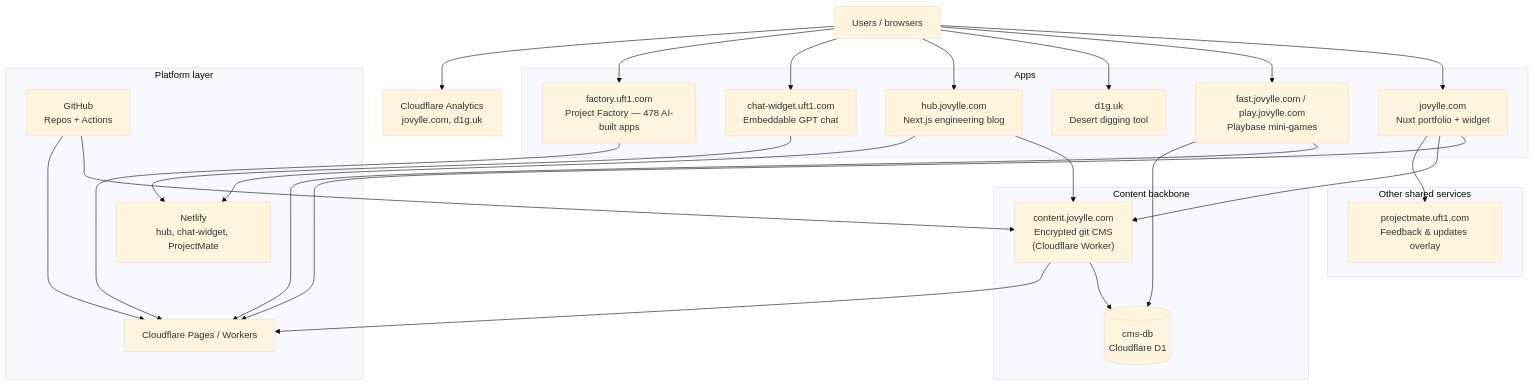
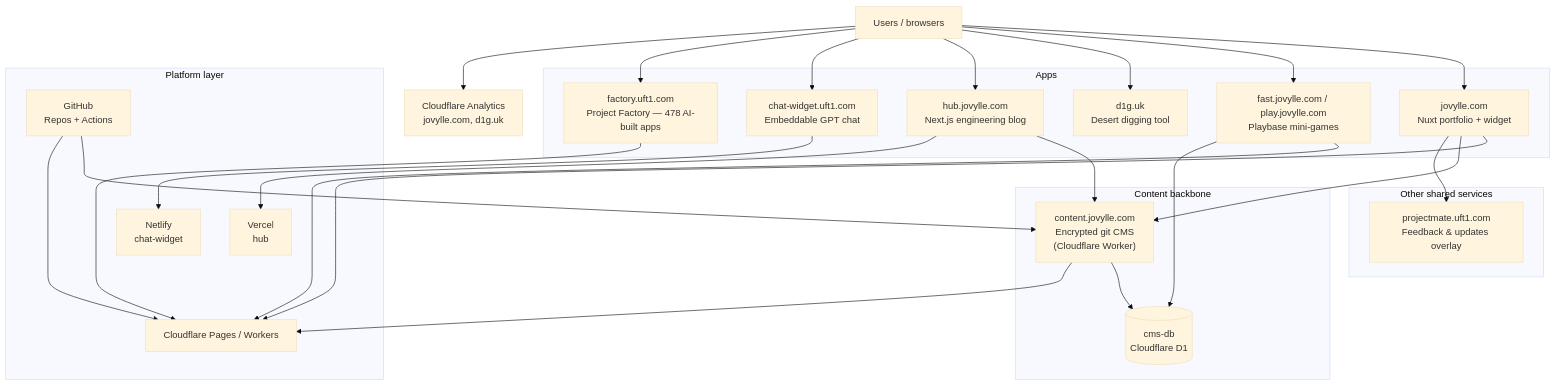
One commit to jovylle/jovylle.com changed the diagram in content/ecosystem.md. Above: the diagram before and after it, drawn with Mermaid (base theme). The commit also changed other lines of this file and 6 other files, not shown here.

````diff
--- a/content/ecosystem.md
+++ b/content/ecosystem.md
@@ -12,51 +12,52 @@
 ```mermaid
 flowchart TB
   Users["Users / browsers"]
 
   subgraph apps["Apps"]
     Portfolio["jovylle.com<br/>Nuxt portfolio + widget"]
     Playbase["fast.jovylle.com / play.jovylle.com<br/>Playbase mini-games"]
     D1G["d1g.uk<br/>Desert digging tool"]
     Hub["hub.jovylle.com<br/>Next.js engineering blog"]
     ChatW["chat-widget.uft1.com<br/>Embeddable GPT chat"]
     Factory["factory.uft1.com<br/>Project Factory — 478 AI-built apps"]
   end
 
   subgraph cms["Content backbone"]
     CMS["content.jovylle.com<br/>Encrypted git CMS<br/>(Cloudflare Worker)"]
     DB[("cms-db<br/>Cloudflare D1")]
   end
 
   subgraph shared["Other shared services"]
     PMate["projectmate.uft1.com<br/>Feedback & updates overlay"]
   end
 
   subgraph platform["Platform layer"]
     CF["Cloudflare Pages / Workers"]
-    Netlify["Netlify<br/>hub, chat-widget, ProjectMate"]
+    Vercel["Vercel<br/>hub"]
+    Netlify["Netlify<br/>chat-widget"]
     GH["GitHub<br/>Repos + Actions"]
   end
 
   Obs["Cloudflare Analytics<br/>jovylle.com, d1g.uk"]
 
   Users --> Portfolio
   Users --> Playbase
   Users --> D1G
   Users --> Hub
   Users --> ChatW
   Users --> Factory
   Portfolio --> CF
   Portfolio --> CMS
   Portfolio --> PMate
   Hub --> CMS
-  Hub --> Netlify
+  Hub --> Vercel
   ChatW --> Netlify
   Playbase --> CF
   Playbase --> DB
   Factory --> CF
   CMS --> DB
   CMS --> CF
   GH --> CMS
   GH --> CF
   Users --> Obs
 ```
````
